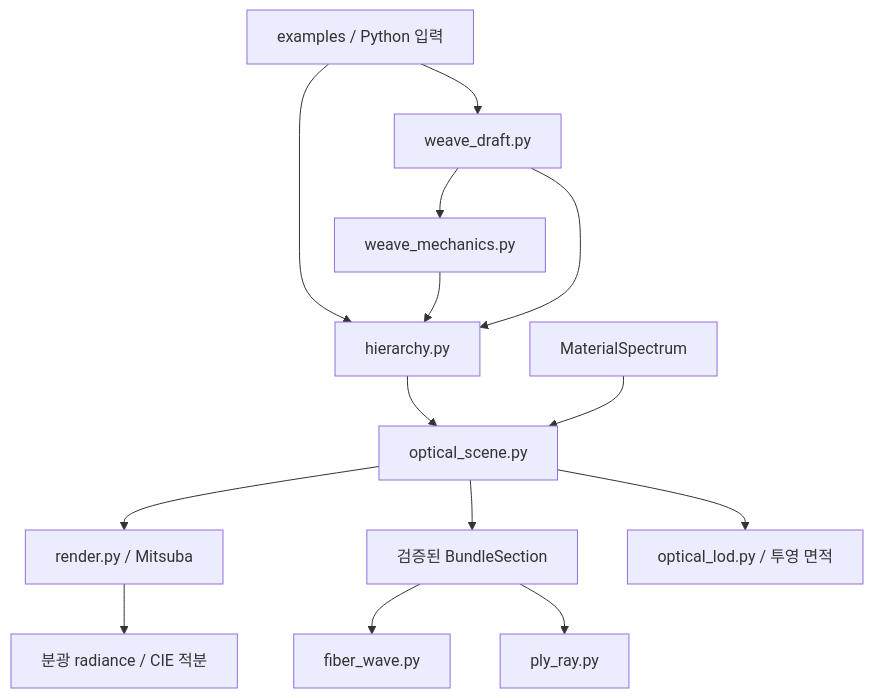
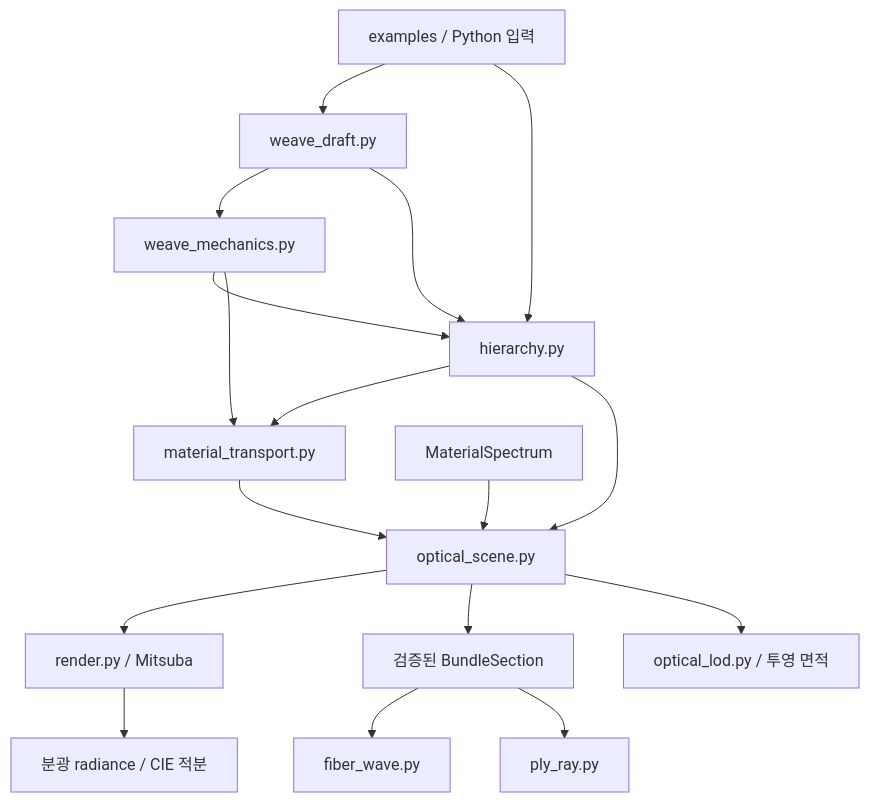
Before and after one commit to oparis145/textile-appearance-research-: the diagram in docs/ARCHITECTURE.md, drawn with Mermaid. The commit also changed other lines of this file and 11 other files, not shown here.

````diff
--- a/docs/ARCHITECTURE.md
+++ b/docs/ARCHITECTURE.md
@@ -19,16 +19,19 @@
 ```mermaid
 flowchart TD
     E["examples / Python 입력"] --> D["weave_draft.py"]
     E --> H["hierarchy.py"]
     D --> B["weave_mechanics.py"]
     B --> H
     D --> H
+    H --> T["material_transport.py"]
+    B --> T
+    T --> S["optical_scene.py"]
     H --> S["optical_scene.py"]
     P["MaterialSpectrum"] --> S
     S --> M["render.py / Mitsuba"]
     S --> X["검증된 BundleSection"]
     X --> W["fiber_wave.py"]
     X --> R["ply_ray.py"]
     S --> Q["optical_lod.py / 투영 면적"]
     M --> C["분광 radiance / CIE 적분"]
 ```
````
